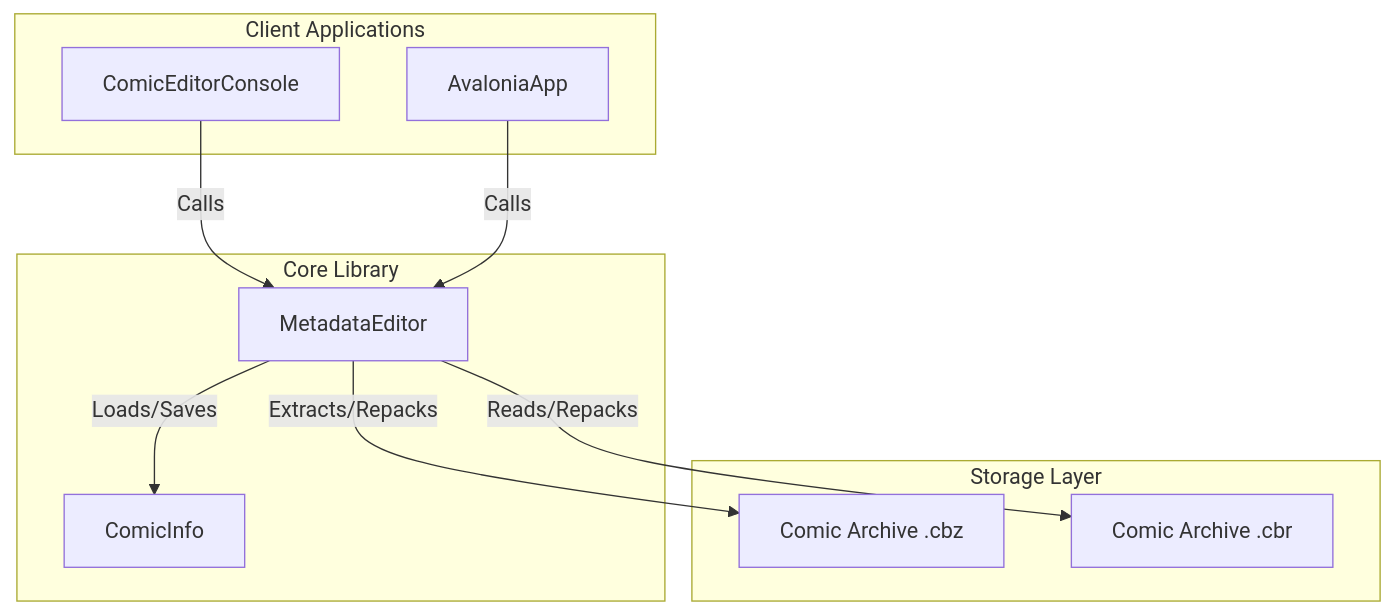
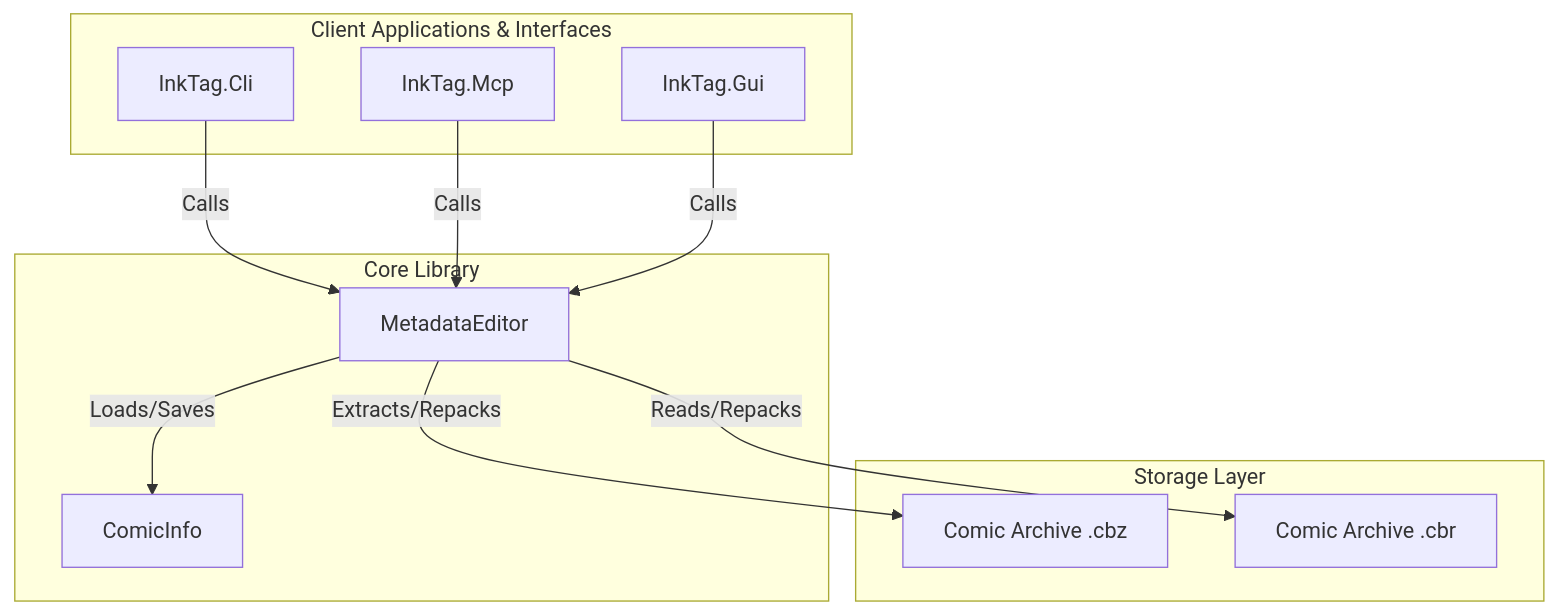
The diagram in docs/wiki/architecture.md (aurora7795/ComicMetadataEditor), drawn with Mermaid before and after one commit. The commit also changed other lines of this file and 65 other files, not shown here.

Commit message:
refactor: restructure project into InkTag solution with updated namespace and directory layout

````diff
--- a/docs/wiki/architecture.md
+++ b/docs/wiki/architecture.md
@@ -14,23 +16,25 @@
 ```mermaid
 graph TD
-    subgraph Client Applications
-        CLI[ComicEditorConsole]
-        UI[AvaloniaApp]
+    subgraph Client Applications & Interfaces
+        CLI[InkTag.Cli]
+        MCP[InkTag.Mcp]
+        GUI[InkTag.Gui]
     end
 
     subgraph Core Library
         ME[MetadataEditor]
         CI[ComicInfo]
     end
 
     subgraph Storage Layer
         CBZ[Comic Archive .cbz]
         CBR[Comic Archive .cbr]
     end
 
     CLI -->|Calls| ME
-    UI -->|Calls| ME
+    MCP -->|Calls| ME
+    GUI -->|Calls| ME
     ME -->|Loads/Saves| CI
     ME -->|Extracts/Repacks| CBZ
     ME -->|Reads/Repacks| CBR
 ```
````
